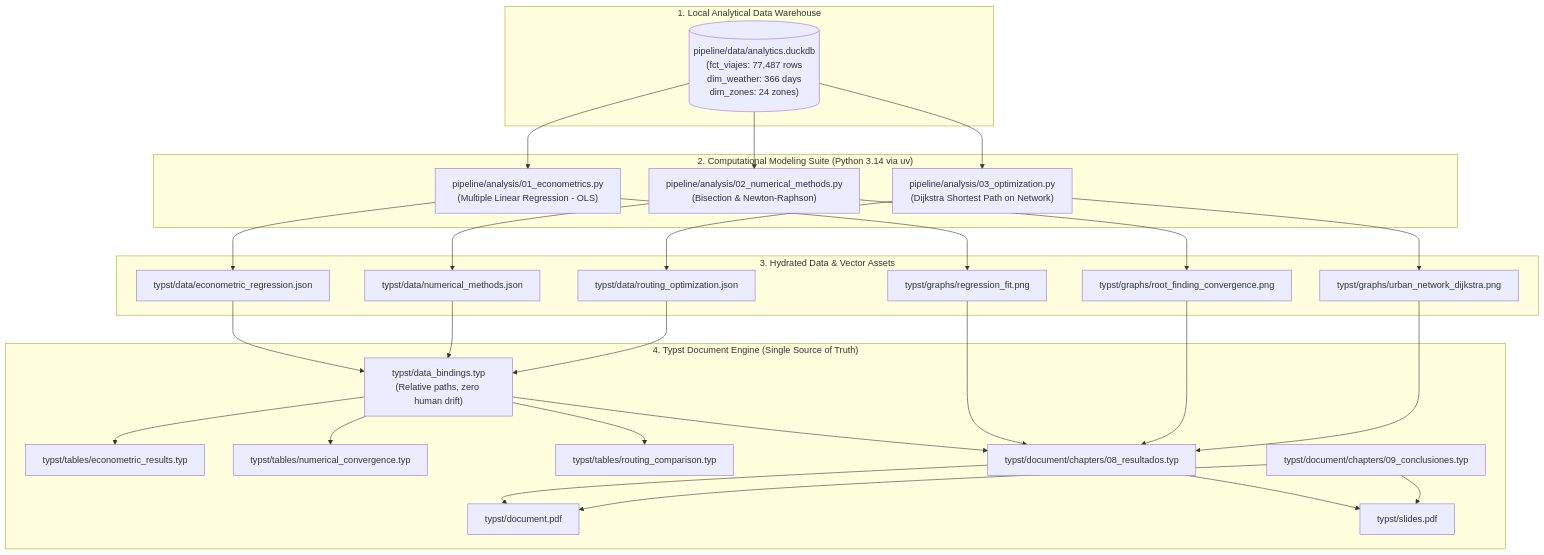
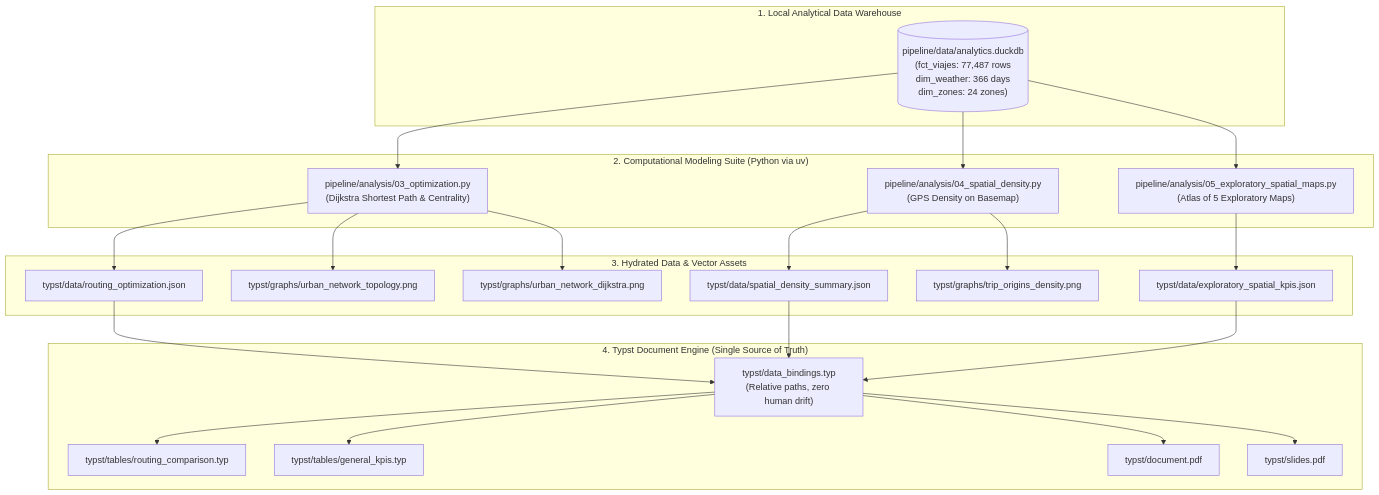
One commit to vect-maker/integrador-four changed the first of 2 diagrams in doc/paper_completion_roadmap.md. Above: the diagram before and after it, drawn with Mermaid. The commit also changed other lines of this file and 25 other files, not shown here.

````diff
--- a/doc/paper_completion_roadmap.md
+++ b/doc/paper_completion_roadmap.md
@@ -25,42 +25,36 @@
 ```mermaid
 flowchart TD
     subgraph S1["1. Local Analytical Data Warehouse"]
         DuckDB[("pipeline/data/analytics.duckdb<br/>(fct_viajes: 77,487 rows<br/>dim_weather: 366 days<br/>dim_zones: 24 zones)")]
     end
 
-    subgraph S2["2. Computational Modeling Suite (Python 3.14 via uv)"]
-        P1["pipeline/analysis/01_econometrics.py<br/>(Multiple Linear Regression - OLS)"]
-        P2["pipeline/analysis/02_numerical_methods.py<br/>(Bisection & Newton-Raphson)"]
-        P3["pipeline/analysis/03_optimization.py<br/>(Dijkstra Shortest Path on Network)"]
+    subgraph S2["2. Computational Modeling Suite (Python via uv)"]
+        P3["pipeline/analysis/03_optimization.py<br/>(Dijkstra Shortest Path & Centrality)"]
+        P4["pipeline/analysis/04_spatial_density.py<br/>(GPS Density on Basemap)"]
+        P5["pipeline/analysis/05_exploratory_spatial_maps.py<br/>(Atlas of 5 Exploratory Maps)"]
     end
 
     subgraph S3["3. Hydrated Data & Vector Assets"]
-        J1["typst/data/econometric_regression.json"]
-        J2["typst/data/numerical_methods.json"]
         J3["typst/data/routing_optimization.json"]
-        G1["typst/graphs/regression_fit.png"]
-        G2["typst/graphs/root_finding_convergence.png"]
-        G3["typst/graphs/urban_network_dijkstra.png"]
+        J4["typst/data/spatial_density_summary.json"]
+        J5["typst/data/exploratory_spatial_kpis.json"]
+        G3["typst/graphs/urban_network_topology.png"]
+        G4["typst/graphs/urban_network_dijkstra.png"]
+        G5["typst/graphs/trip_origins_density.png"]
     end
 
     subgraph S4["4. Typst Document Engine (Single Source of Truth)"]
         Bindings["typst/data_bindings.typ<br/>(Relative paths, zero human drift)"]
-        T1["typst/tables/econometric_results.typ"]
-        T2["typst/tables/numerical_convergence.typ"]
         T3["typst/tables/routing_comparison.typ"]
-        C8["typst/document/chapters/08_resultados.typ"]
-        C9["typst/document/chapters/09_conclusiones.typ"]
+        T4["typst/tables/general_kpis.typ"]
         DocPDF["typst/document.pdf"]
         SlidesPDF["typst/slides.pdf"]
     end
 
-    DuckDB --> P1 & P2 & P3
-    P1 --> J1 & G1
-    P2 --> J2 & G2
-    P3 --> J3 & G3
-    J1 & J2 & J3 --> Bindings
-    Bindings --> T1 & T2 & T3 & C8
-    G1 & G2 & G3 --> C8
-    C8 & C9 --> DocPDF
-    C8 & C9 --> SlidesPDF
+    DuckDB --> P3 & P4 & P5
+    P3 --> J3 & G3 & G4
+    P4 --> J4 & G5
+    P5 --> J5
+    J3 & J4 & J5 --> Bindings
+    Bindings --> T3 & T4 & DocPDF & SlidesPDF
 ```
````
